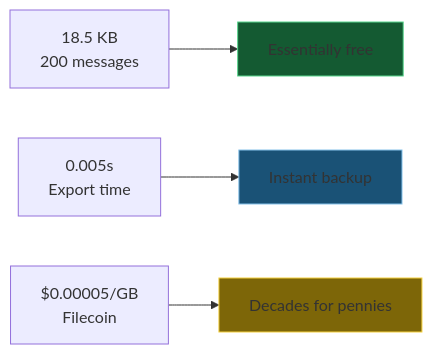
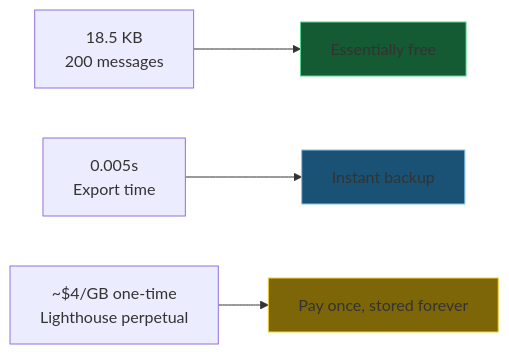
Before and after one commit to KestrelSovereignAI/kestrel-sovereign: the eighth of 8 diagrams in docs/diagrams/data-architecture/DA-01-overview.md, drawn with Mermaid. The commit also changed other lines of this file and 11 other files, not shown here.

First line of the commit message:
fix: Correct Lighthouse pricing from raw Filecoin rates to actual perpetual costs

````diff
--- a/docs/diagrams/data-architecture/DA-01-overview.md
+++ b/docs/diagrams/data-architecture/DA-01-overview.md
@@ -215,10 +215,10 @@
 ```mermaid
 graph LR
     SIZE["18.5 KB<br/>200 messages"] --> CHEAP["Essentially free"]
     SPEED["0.005s<br/>Export time"] --> FAST["Instant backup"]
-    COST["$0.00005/GB<br/>Filecoin"] --> FOREVER["Decades for pennies"]
+    COST["~$4/GB one-time<br/>Lighthouse perpetual"] --> FOREVER["Pay once, stored forever"]
 
     style CHEAP fill:#145a32,stroke:#58d68d
     style FAST fill:#1a5276,stroke:#85c1e9
     style FOREVER fill:#7d6608,stroke:#f4d03f
 ```
````
